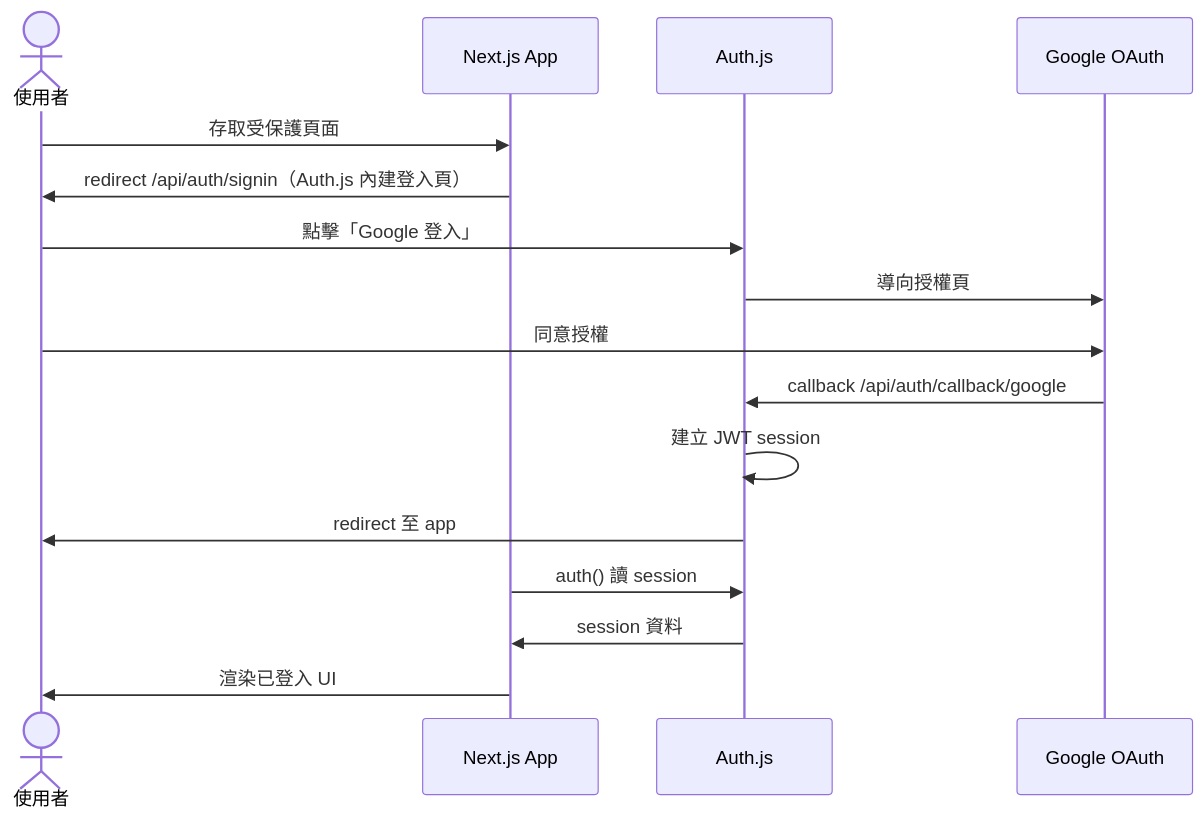
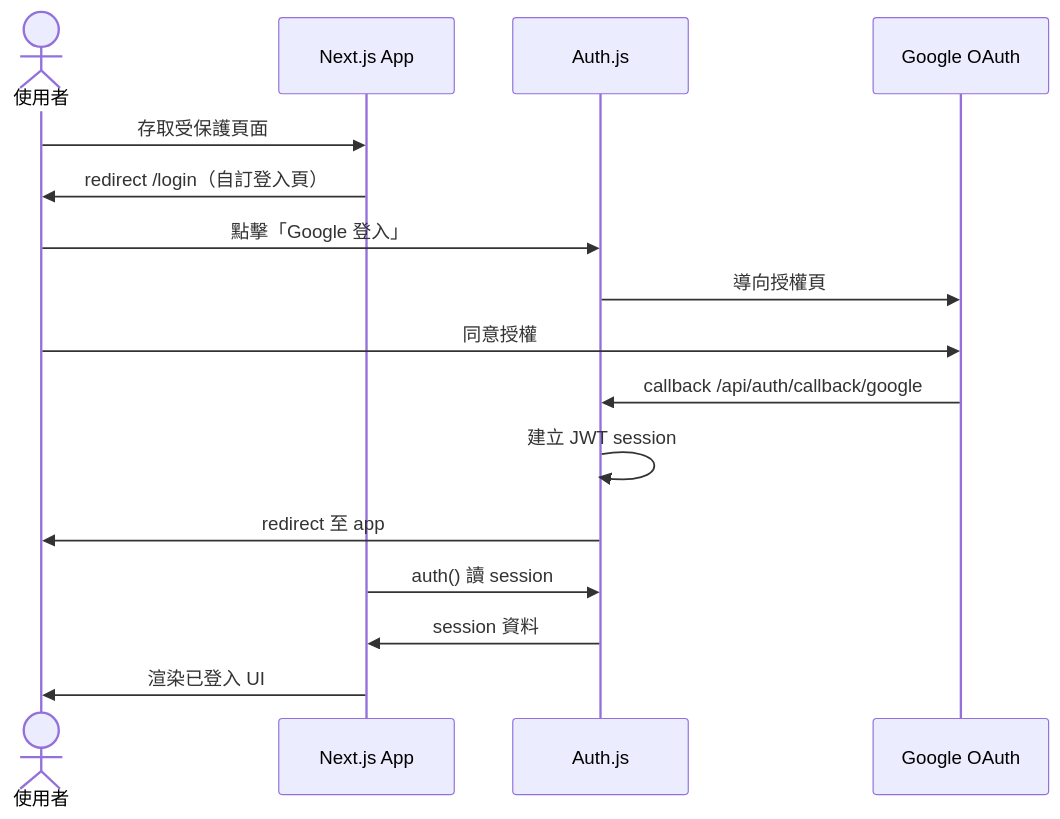
The first of 2 diagrams in docs/auth/01-overview.md (thementorship-tw/thementorship-exchange-app), drawn with Mermaid before and after one commit. The commit also changed other lines of this file and 4 other files, not shown here.

First line of the commit message:
docs: align auth docs with custom login page

````diff
--- a/docs/auth/01-overview.md
+++ b/docs/auth/01-overview.md
@@ -154,19 +159,19 @@
 ```mermaid
 sequenceDiagram
     actor User as 使用者
     participant App as Next.js App
     participant Auth as Auth.js
     participant Google as Google OAuth
 
     User->>App: 存取受保護頁面
-    App->>User: redirect /api/auth/signin（Auth.js 內建登入頁）
+    App->>User: redirect /login（自訂登入頁）
     User->>Auth: 點擊「Google 登入」
     Auth->>Google: 導向授權頁
     User->>Google: 同意授權
     Google->>Auth: callback /api/auth/callback/google
     Auth->>Auth: 建立 JWT session
     Auth->>User: redirect 至 app
     App->>Auth: auth() 讀 session
     Auth->>App: session 資料
     App->>User: 渲染已登入 UI
 ```
````
